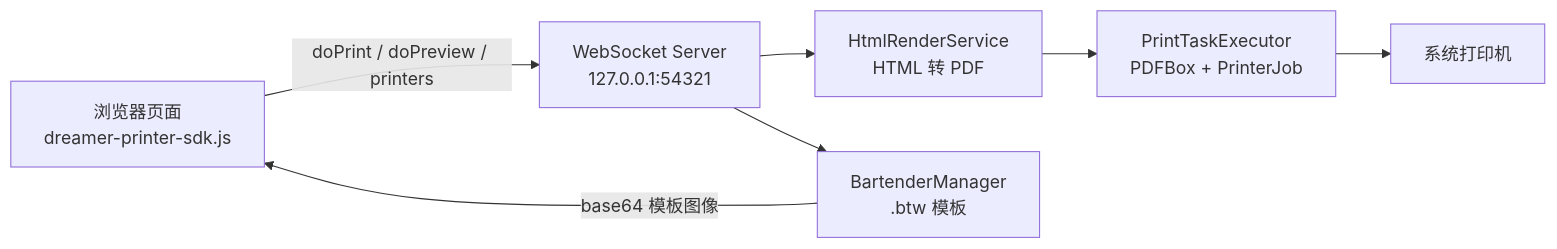
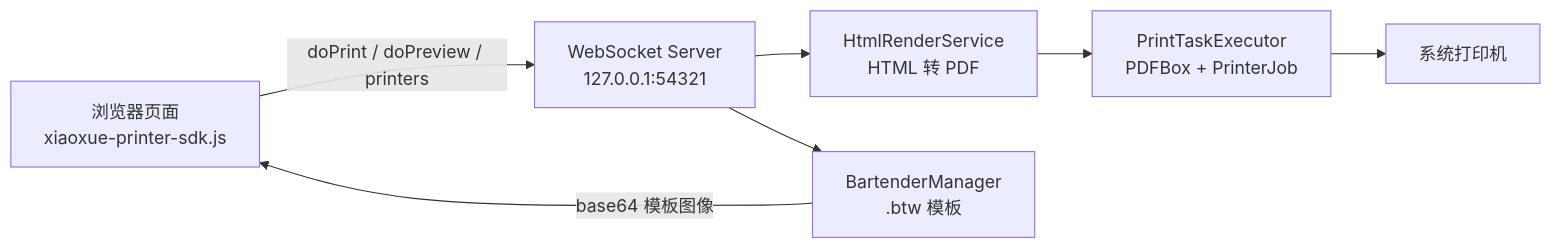
Before and after one commit to iteachyou-wjn/xiaoxue-web-printer: the diagram in README.md, drawn with Mermaid. The commit also changed other lines of this file and 19 other files, not shown here.

Commit message:
品牌更名晓雪WEB打印控件，SDK更名xiaoxue-printer-sdk，升级1.0.4并打包

````diff
--- a/README.md
+++ b/README.md
@@ -44,16 +44,16 @@
 ```mermaid
 flowchart LR
-    SDK["浏览器页面<br/>dreamer-printer-sdk.js"]
+    SDK["浏览器页面<br/>xiaoxue-printer-sdk.js"]
     WS["WebSocket Server<br/>127.0.0.1:54321"]
     RENDER["HtmlRenderService<br/>HTML 转 PDF"]
     BT["BartenderManager<br/>.btw 模板"]
     EXEC["PrintTaskExecutor<br/>PDFBox + PrinterJob"]
     PRINTER["系统打印机"]
 
     SDK -->|"doPrint / doPreview / printers"| WS
     WS --> RENDER
     WS --> BT
     RENDER --> EXEC
     EXEC --> PRINTER
     BT -->|"base64 模板图像"| SDK
 ```
````
